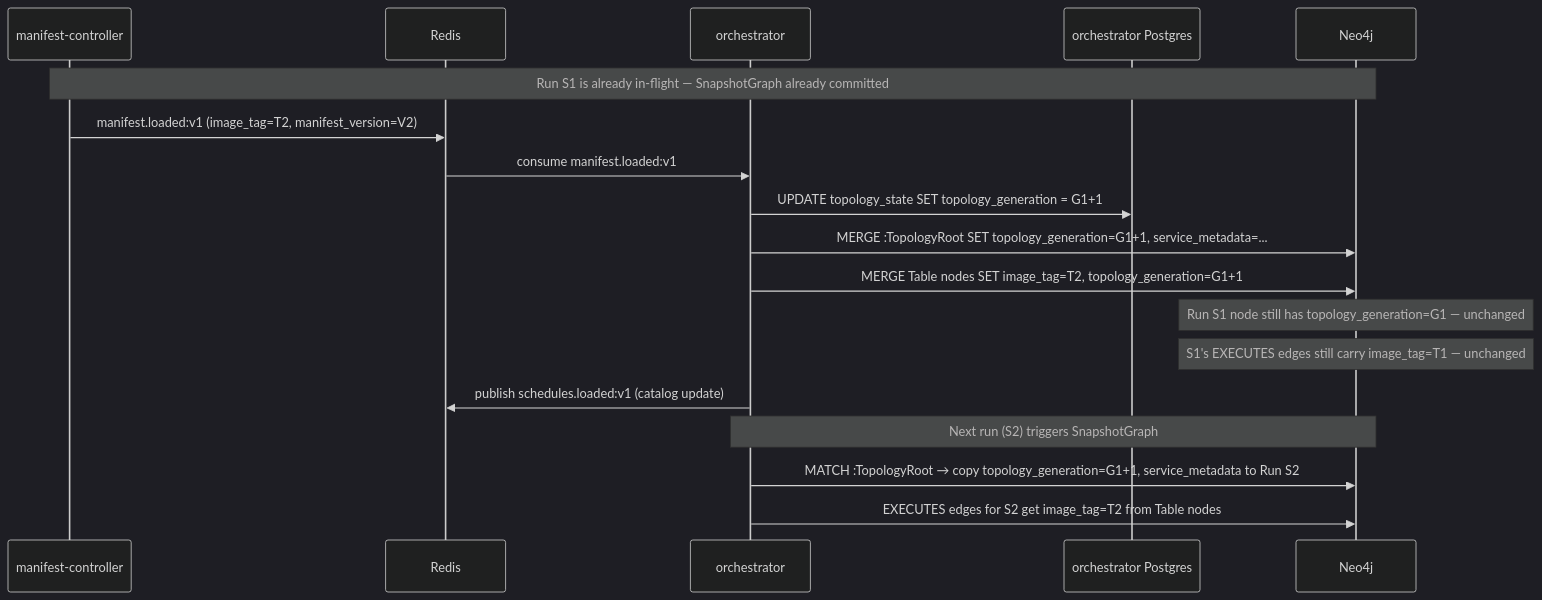
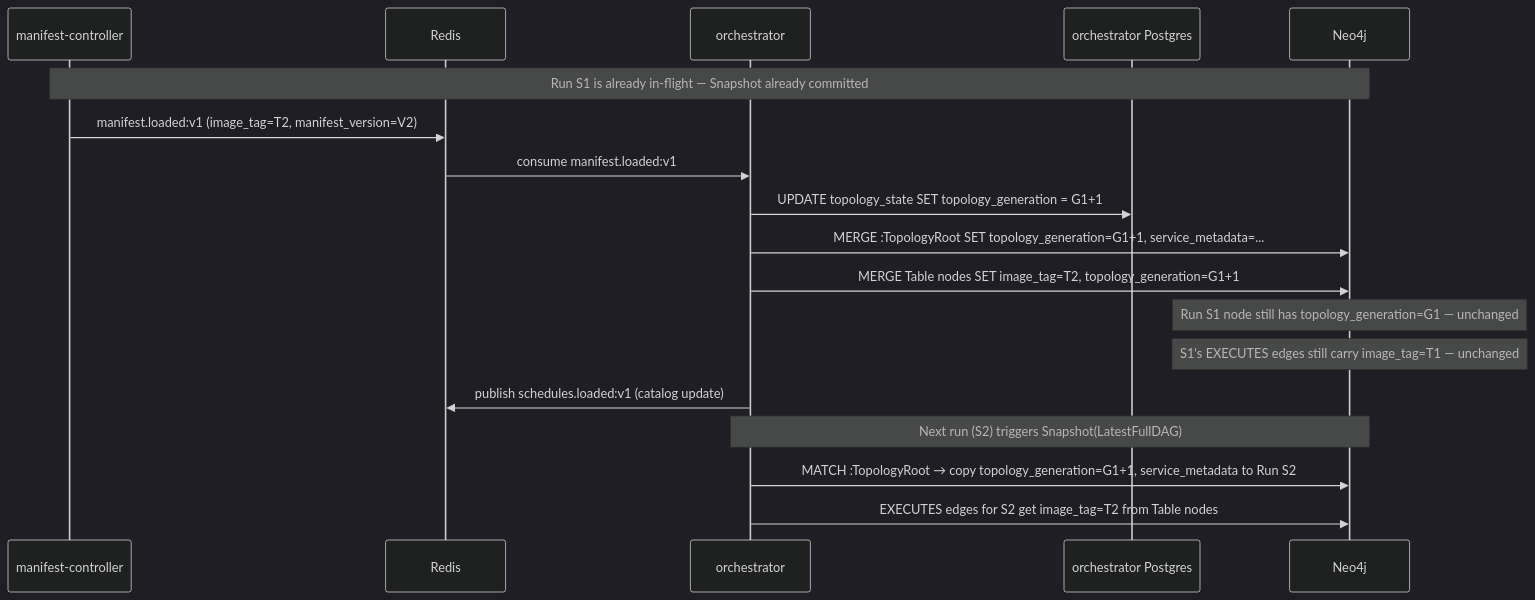
One commit to carolsimone/continuo changed the seventh of 10 diagrams in docs/arch/03-sequence-flows.md. Above: the diagram before and after it, drawn with Mermaid (dark theme). The commit also changed other lines of this file and 2 other files, not shown here.

First line of the commit message:
docs: PR2 architecture documentation updates

````diff
--- a/docs/arch/03-sequence-flows.md
+++ b/docs/arch/03-sequence-flows.md
@@ -231,25 +231,25 @@
 ```mermaid
 sequenceDiagram
   participant MC as manifest-controller
   participant R as Redis
   participant OR as orchestrator
   participant ORPG as orchestrator Postgres
   participant NEO as Neo4j
 
-  note over MC,NEO: Run S1 is already in-flight — SnapshotGraph already committed
+  note over MC,NEO: Run S1 is already in-flight — Snapshot already committed
 
   MC->>R: manifest.loaded:v1 (image_tag=T2, manifest_version=V2)
   R->>OR: consume manifest.loaded:v1
   OR->>ORPG: UPDATE topology_state SET topology_generation = G1+1
   OR->>NEO: MERGE :TopologyRoot SET topology_generation=G1+1, service_metadata=...
   OR->>NEO: MERGE Table nodes SET image_tag=T2, topology_generation=G1+1
 
   note over NEO: Run S1 node still has topology_generation=G1 — unchanged
   note over NEO: S1's EXECUTES edges still carry image_tag=T1 — unchanged
 
   OR->>R: publish schedules.loaded:v1 (catalog update)
 
-  note over OR,NEO: Next run (S2) triggers SnapshotGraph
+  note over OR,NEO: Next run (S2) triggers Snapshot(LatestFullDAG)
   OR->>NEO: MATCH :TopologyRoot → copy topology_generation=G1+1, service_metadata to Run S2
   OR->>NEO: EXECUTES edges for S2 get image_tag=T2 from Table nodes
 ```
````
